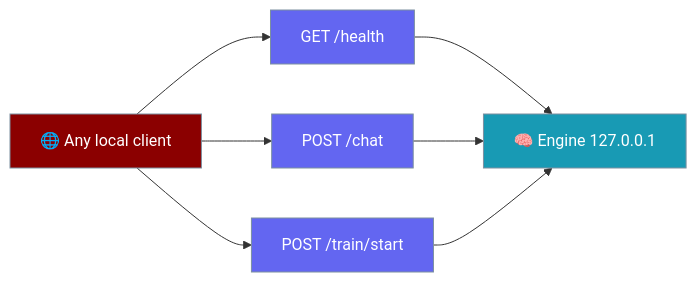
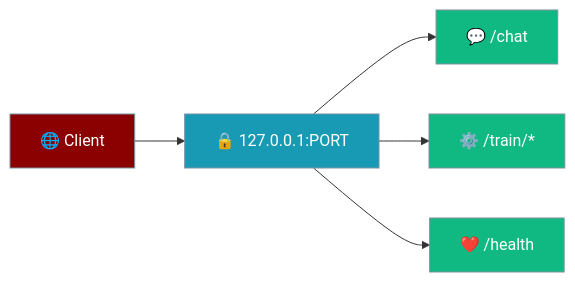
Before and after one commit to MervinPraison/PraisonAIDocs: the diagram in docs/features/desktop/api.mdx, drawn with Mermaid. The commit also changed other lines of this file and 7 other files, not shown here.

````diff
--- a/docs/features/desktop/api.mdx
+++ b/docs/features/desktop/api.mdx
@@ -21,17 +21,15 @@
 ```mermaid
 graph LR
-    Client[🌐 Any local client] --> Health[GET /health]
-    Client --> Chat[POST /chat]
-    Client --> Train[POST /train/start]
-    Health --> Engine[🧠 Engine 127.0.0.1]
-    Chat --> Engine
-    Train --> Engine
+    Client[🌐 Client] --> Loop[🔒 127.0.0.1:PORT]
+    Loop --> Chat[💬 /chat]
+    Loop --> Train[⚙️ /train/*]
+    Loop --> Health[❤️ /health]
 
     classDef client fill:#8B0000,stroke:#7C90A0,color:#fff
-    classDef route fill:#6366F1,stroke:#7C90A0,color:#fff
-    classDef engine fill:#189AB4,stroke:#7C90A0,color:#fff
+    classDef loop fill:#189AB4,stroke:#7C90A0,color:#fff
+    classDef route fill:#10B981,stroke:#7C90A0,color:#fff
 
     class Client client
-    class Health,Chat,Train route
-    class Engine engine
+    class Loop loop
+    class Chat,Train,Health route
 ```
````
